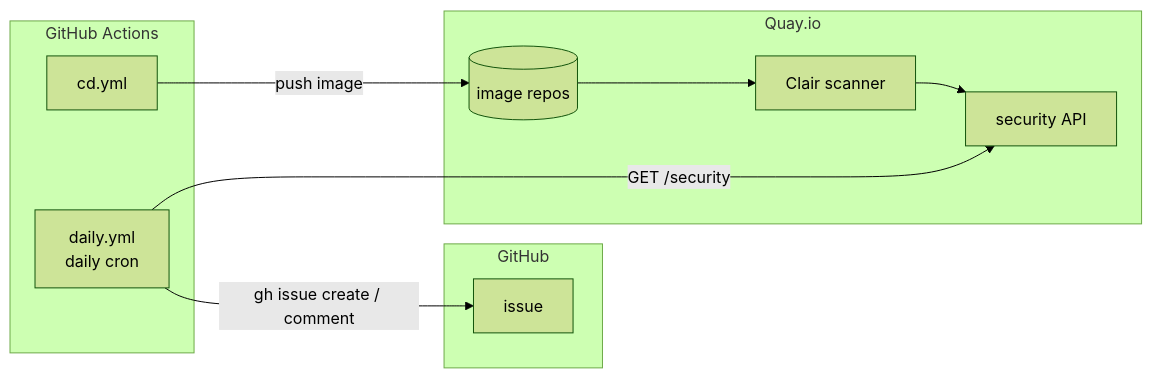
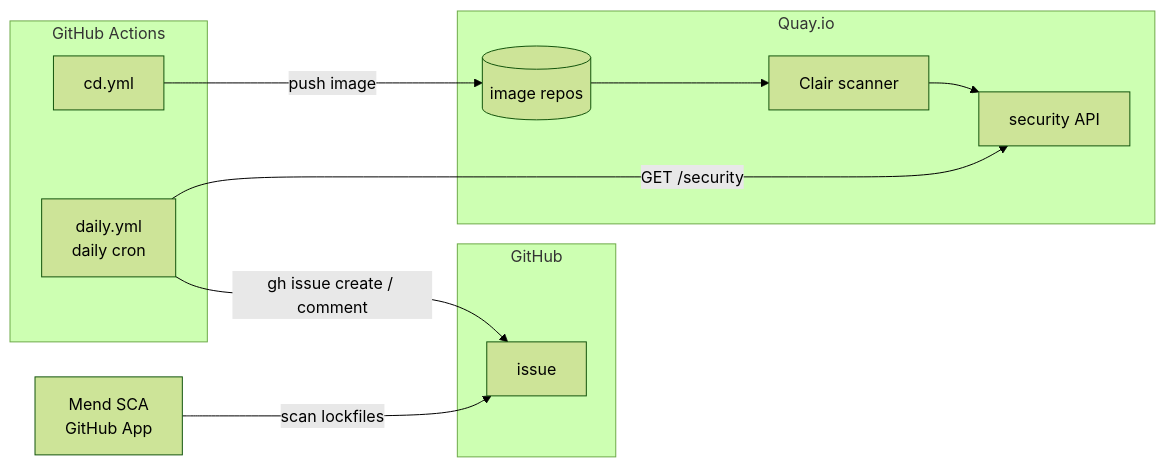
One commit to subbyte/dam changed the diagram in docs/architecture/security-scanning.md. Above: the diagram before and after it, drawn with Mermaid (forest theme). The commit also changed other lines of this file and 4 other files, not shown here.

````diff
--- a/docs/architecture/security-scanning.md
+++ b/docs/architecture/security-scanning.md
@@ -26,23 +24,26 @@
 ```mermaid
 flowchart LR
-  subgraph build["GitHub Actions"]
+  subgraph ci["GitHub Actions"]
     cd[cd.yml]
     poll[daily.yml<br/>daily cron]
   end
 
   subgraph quay["Quay.io"]
     images[(image repos)]
     clair[Clair scanner]
     api[security API]
   end
 
+  mend[Mend SCA<br/>GitHub App]
+
   subgraph github["GitHub"]
     issue[issue]
   end
 
   cd -->|push image| images
   images --> clair
   clair --> api
   poll -->|GET /security| api
   poll -->|gh issue create / comment| issue
+  mend -->|scan lockfiles| issue
 ```
````
